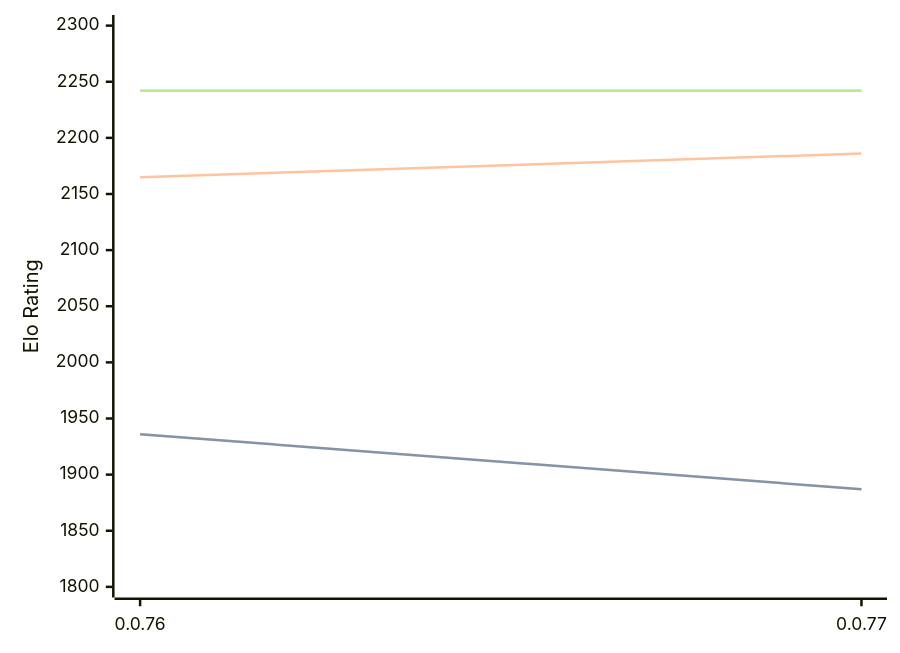
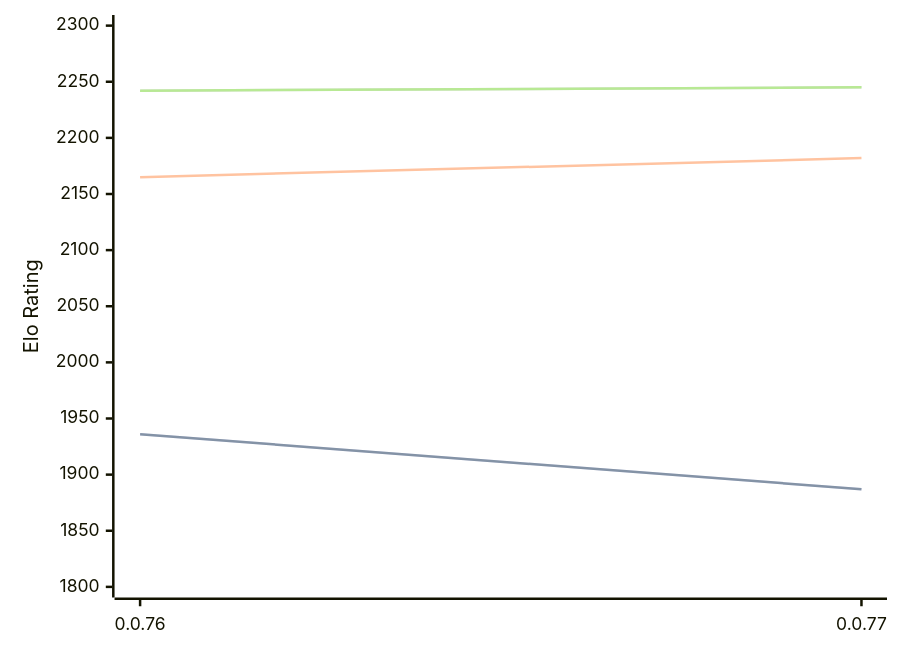
One commit to computer-chess-index/cci changed the diagram in engines/Fktb.md. Above: the diagram before and after it, drawn with Mermaid. The commit also changed other lines of this file, not shown here.

Commit message:
Update CCI Ratings (ELO VLTC) - 2026-03-24

````diff
--- a/engines/Fktb.md
+++ b/engines/Fktb.md
@@ -32,11 +32,11 @@
 ```mermaid
 %%{init: {"theme":"base","themeVariables":{"seriesColors:['#a3a3a3','#222221','#faa371']}}}%%
 xychart-beta
   x-axis ["0.0.76", "0.0.77"]
   y-axis "Elo Rating" 1800 --> 2300
   line "STC (8.0+0.08s)" [1936, 1887]
   line "STC (8.0+0.08s)" [1936, 1887]
-  line "LTC (60.0+0.60s)" [2165, 2186]
-  line "VLTC (2m24s+1.12s)" [2242, 2242]
-  line "VLTC (2m24s+1.12s)" [2242, 2242]
+  line "LTC (60.0+0.60s)" [2165, 2182]
+  line "VLTC (2m24s+1.12s)" [2242, 2245]
+  line "VLTC (2m24s+1.12s)" [2242, 2245]
 ```
````
